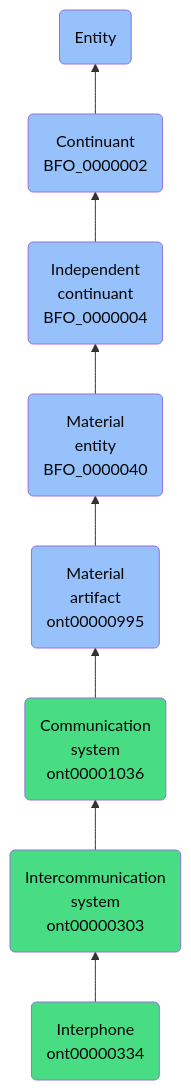
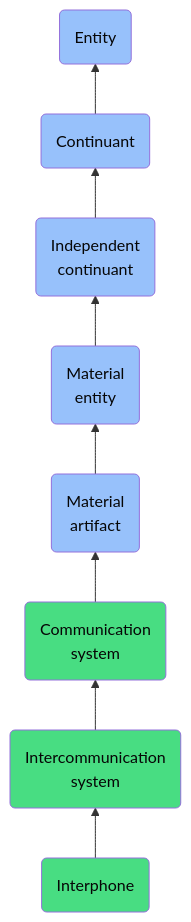
Before and after one commit to jupyter-naas/abi: the diagram in docs/ontology/reference/model/Entity/Continuant/Independent continuant/Material entity/Material artifact/Communication system/Intercommunication system/Interphone/Interphone.md, drawn with Mermaid. The commit also changed other lines of this file and 1430 other files, not shown here.

````diff
--- a/docs/ontology/reference/model/Entity/Continuant/Independent continuant/Material entity/Material artifact/Communication system/Intercommunication system/Interphone/Interphone.md
+++ b/docs/ontology/reference/model/Entity/Continuant/Independent continuant/Material entity/Material artifact/Communication system/Intercommunication system/Interphone/Interphone.md
@@ -24,15 +24,15 @@
 ```mermaid
 graph BT
-    ont00000334(Interphone<br>ont00000334):::ABI-->ont00000303
-    ont00000303(Intercommunication<br>system<br>ont00000303):::ABI-->ont00001036
-    ont00001036(Communication<br>system<br>ont00001036):::ABI-->ont00000995
-    ont00000995(Material<br>artifact<br>ont00000995):::BFO-->BFO_0000040
-    BFO_0000040(Material<br>entity<br>BFO_0000040):::BFO-->BFO_0000004
-    BFO_0000004(Independent<br>continuant<br>BFO_0000004):::BFO-->BFO_0000002
-    BFO_0000002(Continuant<br>BFO_0000002):::BFO-->BFO_0000001
+    ont00000334(Interphone):::ABI-->ont00000303
+    ont00000303(Intercommunication<br>system):::ABI-->ont00001036
+    ont00001036(Communication<br>system):::ABI-->ont00000995
+    ont00000995(Material<br>artifact):::BFO-->BFO_0000040
+    BFO_0000040(Material<br>entity):::BFO-->BFO_0000004
+    BFO_0000004(Independent<br>continuant):::BFO-->BFO_0000002
+    BFO_0000002(Continuant):::BFO-->BFO_0000001
     BFO_0000001(Entity):::BFO
     
     classDef BFO fill:#97c1fb,color:#060606
     classDef CCO fill:#e4c51e,color:#060606
     classDef ABI fill:#48DD82,color:#060606
 ```
````
